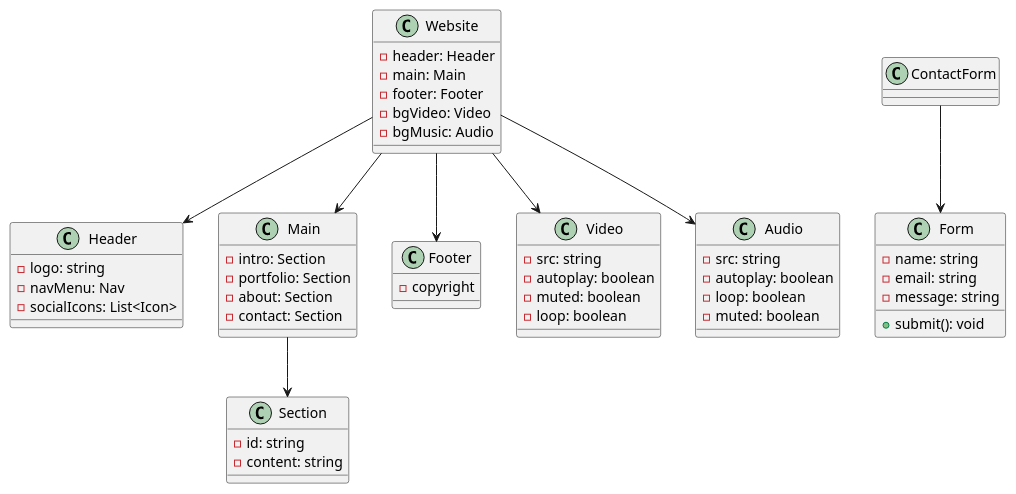
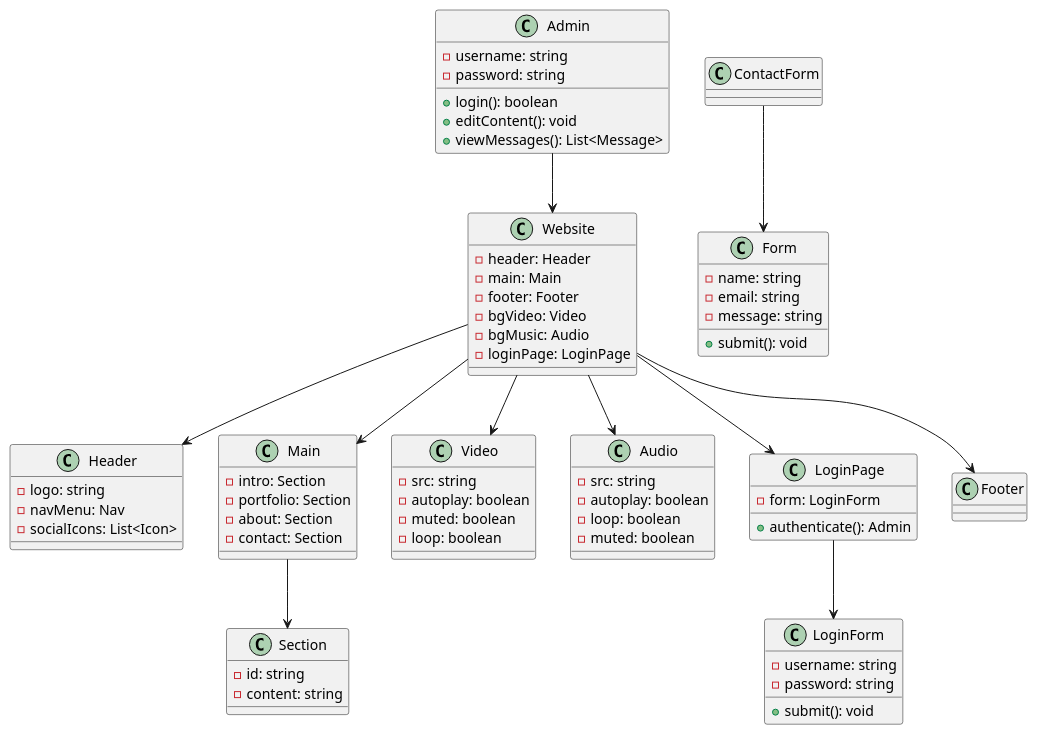
The diagram in ClassDiagram.wsd (PDPyeh/webdesignbuatkelompok), drawn with PlantUML before and after one commit. The commit also changed 1 other file, not shown here.

Commit message:
nambah admin

```diff
--- a/ClassDiagram.wsd
+++ b/ClassDiagram.wsd
@@ -1,62 +1,81 @@
-@startuml class
+@startuml
 
 class Website {
   - header: Header
   - main: Main
   - footer: Footer
   - bgVideo: Video
   - bgMusic: Audio
+  - loginPage: LoginPage
 }
 
 class Header {
   - logo: string
   - navMenu: Nav
   - socialIcons: List<Icon>
 }
 
 class Main {
   - intro: Section
   - portfolio: Section
   - about: Section
   - contact: Section
-}
-
-class Footer {
-  - copyright
 }
 
 class Section {
   - id: string
   - content: string
 }
 
 class Video {
   - src: string
   - autoplay: boolean
   - muted: boolean
   - loop: boolean
 }
 
 class Audio {
   - src: string
   - autoplay: boolean
   - loop: boolean
   - muted: boolean
 }
 
 class Form {
   - name: string
   - email: string
   - message: string
   + submit(): void
 }
 
+class Admin {
+  - username: string
+  - password: string
+  + login(): boolean
+  + editContent(): void
+  + viewMessages(): List<Message>
+}
+
+class LoginPage {
+  - form: LoginForm
+  + authenticate(): Admin
+}
+
+class LoginForm {
+  - username: string
+  - password: string
+  + submit(): void
+}
+
 Website --> Header
 Website --> Main
 Website --> Footer
 Website --> Video
 Website --> Audio
+Website --> LoginPage
 Main --> Section
 ContactForm --> Form
+LoginPage --> LoginForm
+Admin --> Website
 
 @enduml
```
